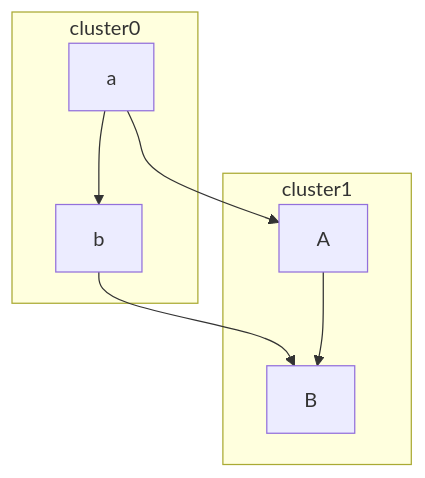
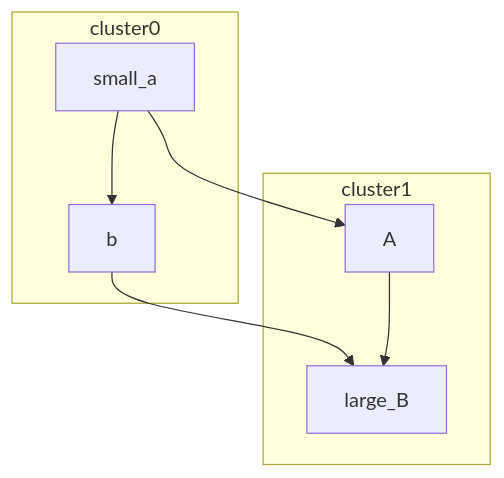
The diagram in flowchart.md (monitorian/dot2mermaid), drawn with Mermaid before and after one commit. The commit also changed 3 other files, not shown here.

````diff
--- a/flowchart.md
+++ b/flowchart.md
@@ -1,12 +1,12 @@
 ```mermaid
 flowchart TB
-        a-->A   
-        b-->B   
+        a[small_a]-->A[A]   
+        b[b]-->B[B]   
 
       subgraph cluster0
-        a-->b   
+        a[small_a]-->b[b]   
       end
       subgraph cluster1
-        A-->B   
+        A[A]-->B[large_B]   
       end
 ```
````
